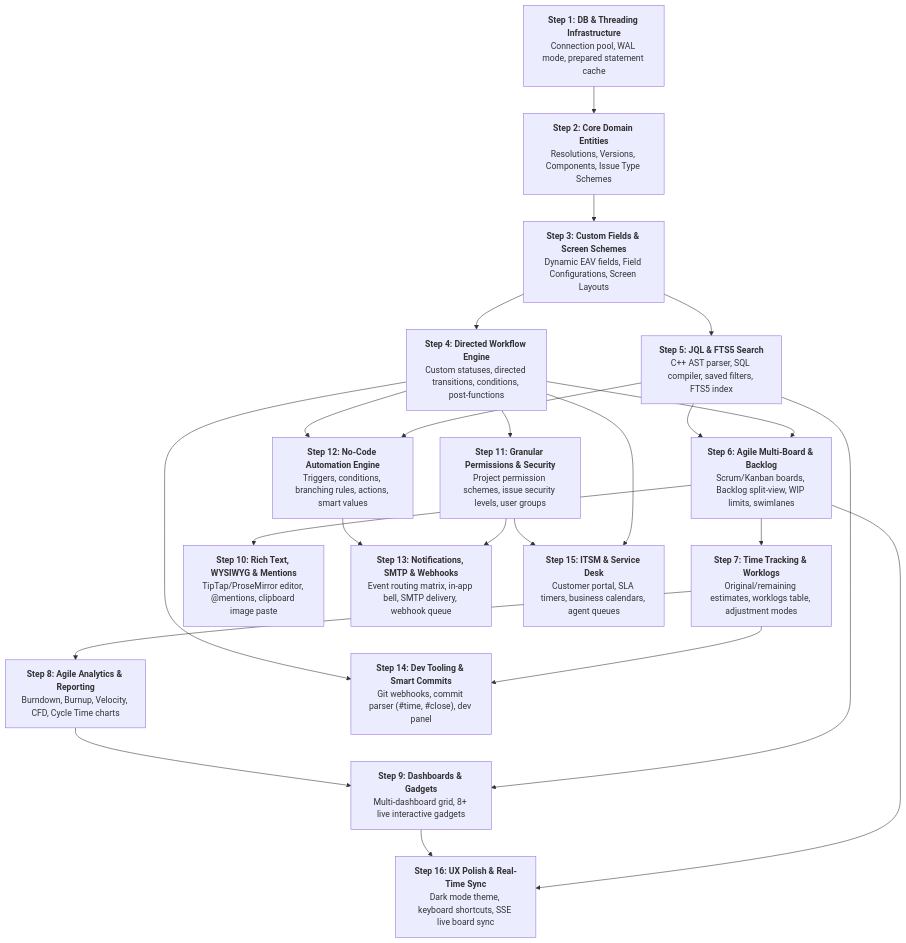
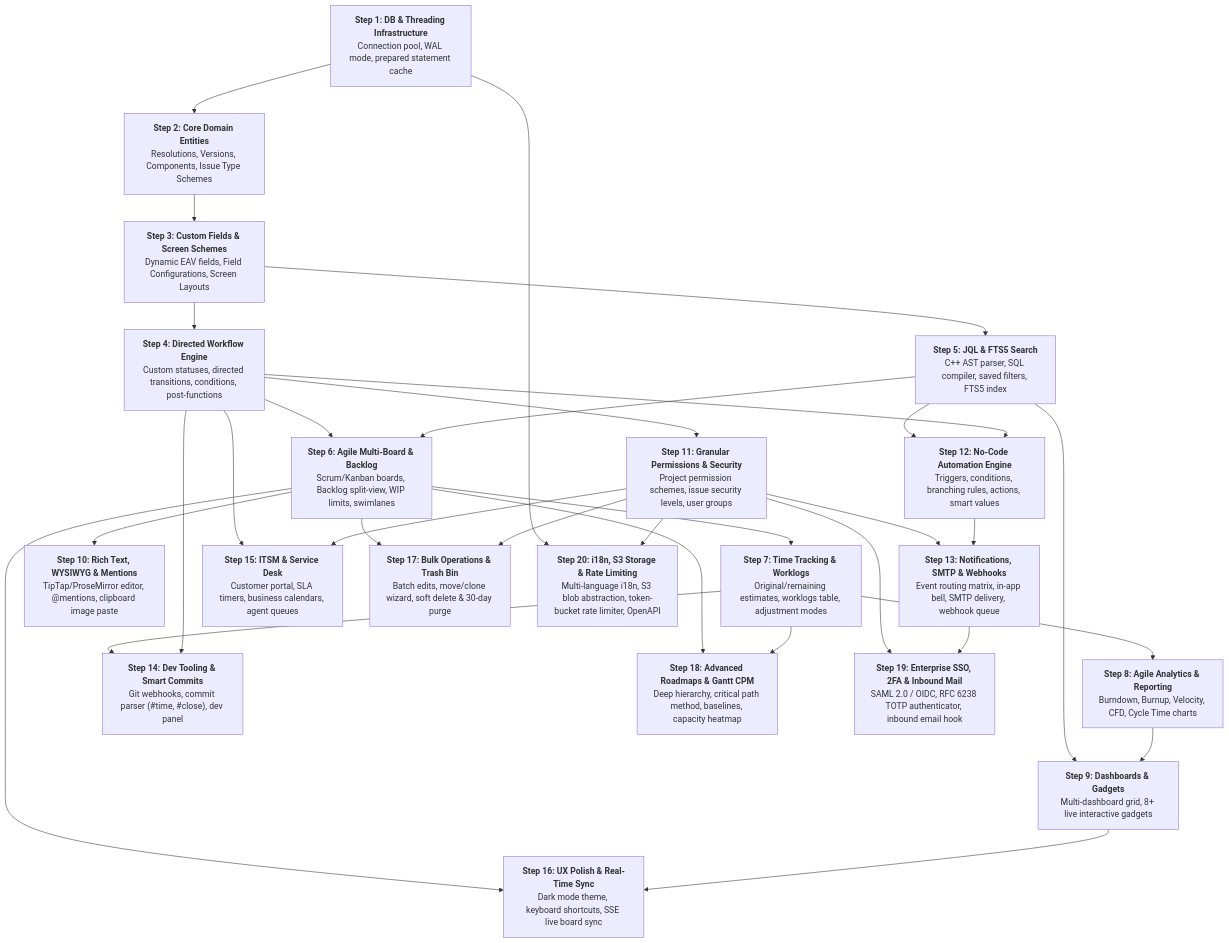
One commit to bokic/cpp_ws_backend changed the diagram in demos/jiralike-demo/TODO.md. Above: the diagram before and after it, drawn with Mermaid. The commit also changed other lines of this file, not shown here.

````diff
--- a/demos/jiralike-demo/TODO.md
+++ b/demos/jiralike-demo/TODO.md
@@ -669,42 +681,55 @@
 ```mermaid
 flowchart TD
     S01["<b>Step 1: DB & Threading Infrastructure</b><br/>Connection pool, WAL mode, prepared statement cache"]
     S02["<b>Step 2: Core Domain Entities</b><br/>Resolutions, Versions, Components, Issue Type Schemes"]
     S03["<b>Step 3: Custom Fields & Screen Schemes</b><br/>Dynamic EAV fields, Field Configurations, Screen Layouts"]
     S04["<b>Step 4: Directed Workflow Engine</b><br/>Custom statuses, directed transitions, conditions, post-functions"]
     S05["<b>Step 5: JQL & FTS5 Search</b><br/>C++ AST parser, SQL compiler, saved filters, FTS5 index"]
     S06["<b>Step 6: Agile Multi-Board & Backlog</b><br/>Scrum/Kanban boards, Backlog split-view, WIP limits, swimlanes"]
     S07["<b>Step 7: Time Tracking & Worklogs</b><br/>Original/remaining estimates, worklogs table, adjustment modes"]
     S08["<b>Step 8: Agile Analytics & Reporting</b><br/>Burndown, Burnup, Velocity, CFD, Cycle Time charts"]
     S09["<b>Step 9: Dashboards & Gadgets</b><br/>Multi-dashboard grid, 8+ live interactive gadgets"]
     S10["<b>Step 10: Rich Text, WYSIWYG & Mentions</b><br/>TipTap/ProseMirror editor, @mentions, clipboard image paste"]
     S11["<b>Step 11: Granular Permissions & Security</b><br/>Project permission schemes, issue security levels, user groups"]
     S12["<b>Step 12: No-Code Automation Engine</b><br/>Triggers, conditions, branching rules, actions, smart values"]
     S13["<b>Step 13: Notifications, SMTP & Webhooks</b><br/>Event routing matrix, in-app bell, SMTP delivery, webhook queue"]
     S14["<b>Step 14: Dev Tooling & Smart Commits</b><br/>Git webhooks, commit parser (#time, #close), dev panel"]
     S15["<b>Step 15: ITSM & Service Desk</b><br/>Customer portal, SLA timers, business calendars, agent queues"]
     S16["<b>Step 16: UX Polish & Real-Time Sync</b><br/>Dark mode theme, keyboard shortcuts, SSE live board sync"]
 
     S01 --> S02
     S02 --> S03
     S03 --> S04
     S03 --> S05
     S04 --> S06
     S05 --> S06
     S06 --> S07
     S07 --> S08
     S05 --> S09
     S08 --> S09
     S06 --> S10
     S04 --> S11
     S05 --> S12
     S04 --> S12
     S11 --> S13
     S12 --> S13
     S07 --> S14
     S04 --> S14
     S04 --> S15
     S11 --> S15
     S06 --> S16
     S09 --> S16
+    S17["<b>Step 17: Bulk Operations & Trash Bin</b><br/>Batch edits, move/clone wizard, soft delete & 30-day purge"]
+    S18["<b>Step 18: Advanced Roadmaps & Gantt CPM</b><br/>Deep hierarchy, critical path method, baselines, capacity heatmap"]
+    S19["<b>Step 19: Enterprise SSO, 2FA & Inbound Mail</b><br/>SAML 2.0 / OIDC, RFC 6238 TOTP authenticator, inbound email hook"]
+    S20["<b>Step 20: i18n, S3 Storage & Rate Limiting</b><br/>Multi-language i18n, S3 blob abstraction, token-bucket rate limiter, OpenAPI"]
+
+    S06 --> S17
+    S11 --> S17
+    S06 --> S18
+    S07 --> S18
+    S11 --> S19
+    S13 --> S19
+    S01 --> S20
+    S11 --> S20
 ```
````
